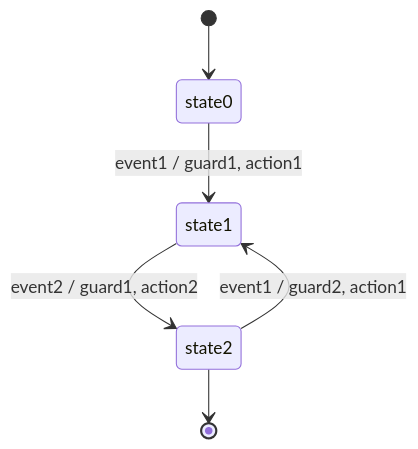
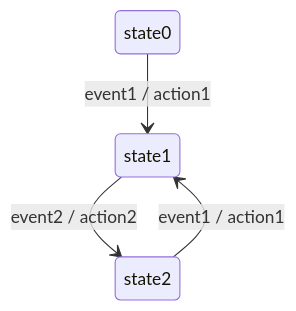
One commit to xorz57/StateMachine changed the diagram in README.md. Above: the diagram before and after it, drawn with Mermaid.

````diff
--- a/README.md
+++ b/README.md
@@ -5,8 +5,6 @@
 ```mermaid
 stateDiagram-v2
-    [*] --> state0
-    state0 --> state1 : event1 / guard1, action1
-    state1 --> state2 : event2 / guard1, action2
-    state2 --> state1 : event1 / guard2, action1
-    state2 --> [*]
+    state0 --> state1 : event1 / action1
+    state1 --> state2 : event2 / action2
+    state2 --> state1 : event1 / action1
 ```
````
